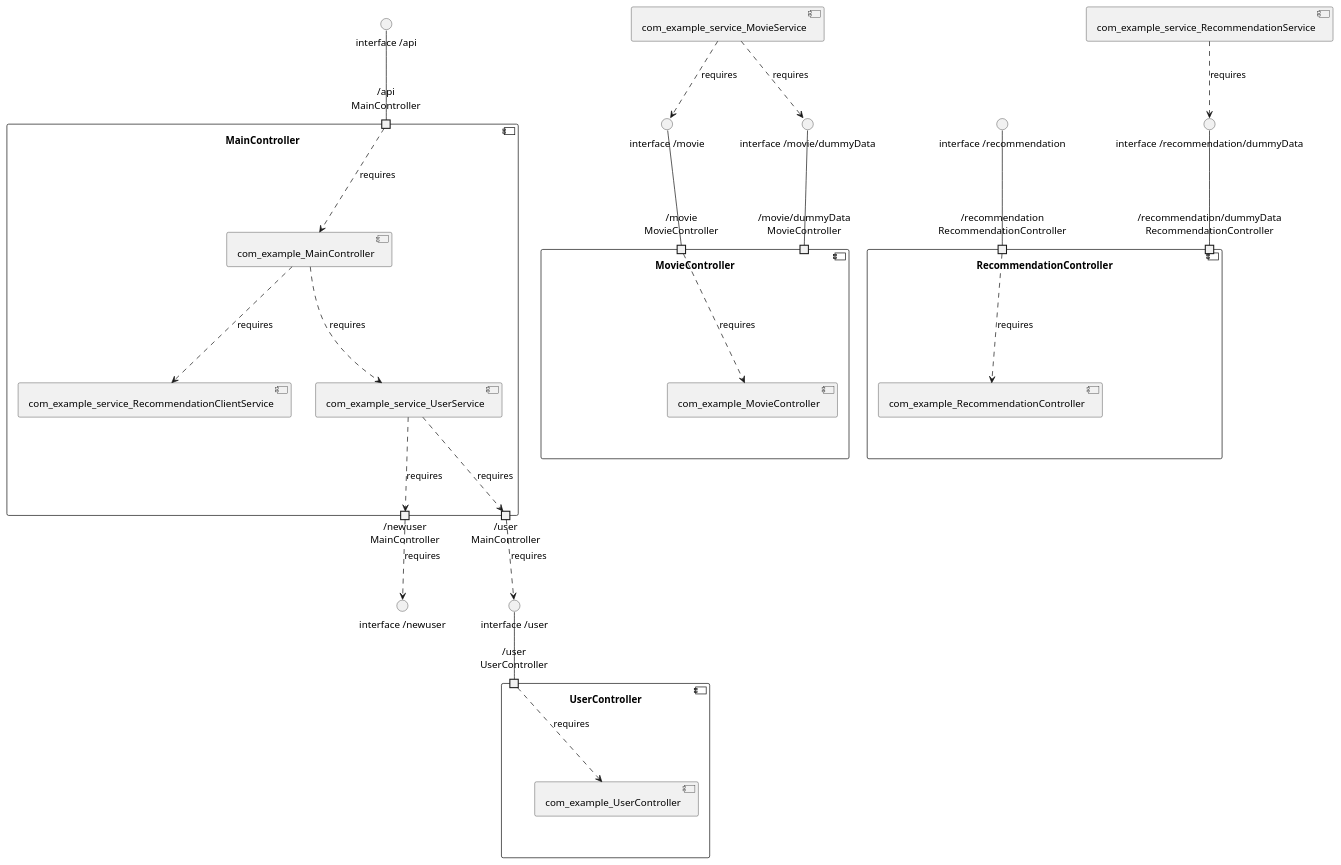
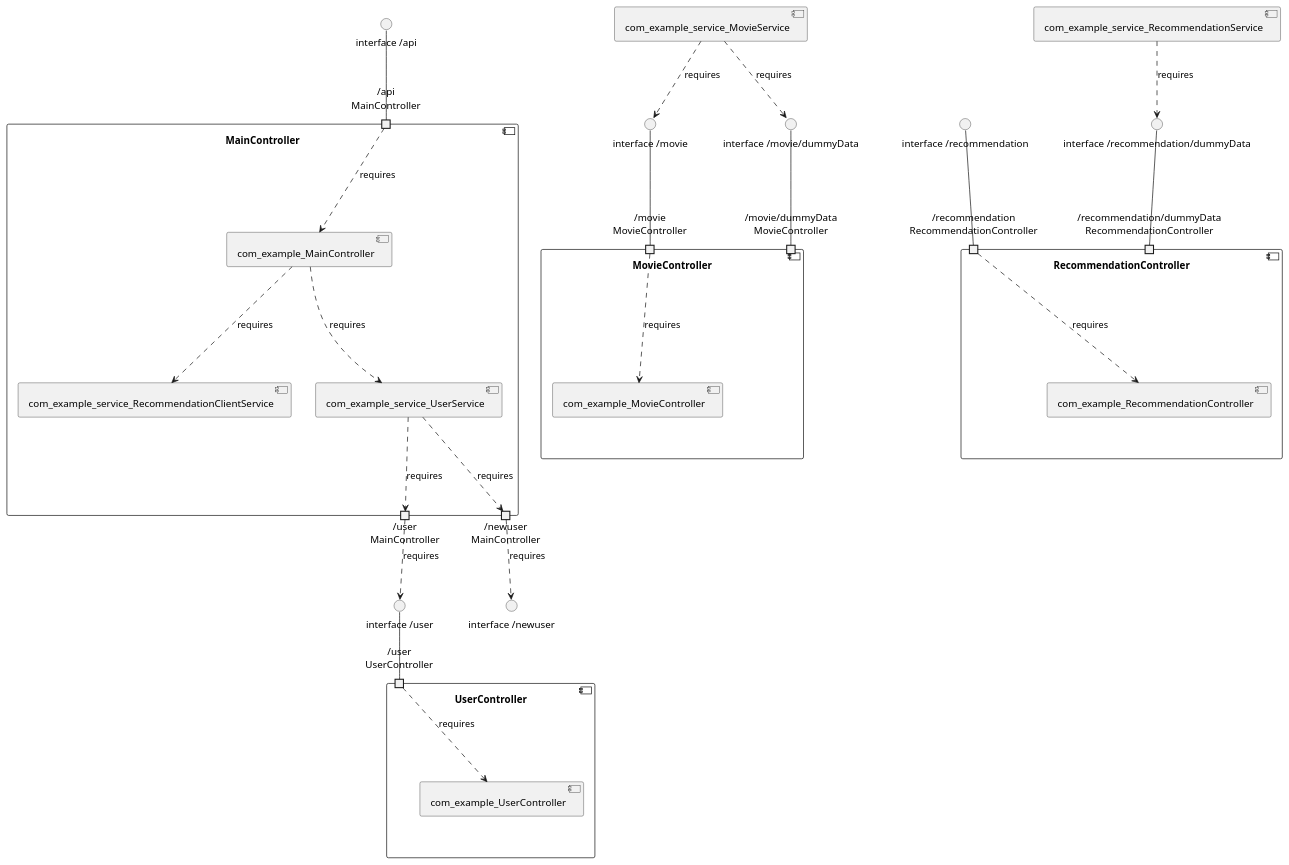
Before and after one commit to View-Based-Reverse-Engineering/Retriever-Benchmark: the diagram in spring-cloud-movie-recommendation/model_re/uml/componentDiagram.puml, drawn with PlantUML. The commit also changed other lines of this file and 151 other files, not shown here.

```diff
--- a/spring-cloud-movie-recommendation/model_re/uml/componentDiagram.puml
+++ b/spring-cloud-movie-recommendation/model_re/uml/componentDiagram.puml
@@ -1,45 +1,45 @@
 @startuml
 skinparam fixCircleLabelOverlapping true
 component "MainController\n\n\n\n\n\n" {
 [com_example_service_UserService]
 [com_example_service_RecommendationClientService]
 [com_example_MainController]
 portin "/api\nMainController"
+portout "/user\nMainController"
 portout "/newuser\nMainController"
-portout "/user\nMainController"
+[com_example_MainController]..>[com_example_service_UserService] : requires
 [com_example_MainController]..>[com_example_service_RecommendationClientService] : requires
-[com_example_MainController]..>[com_example_service_UserService] : requires
 "/api\nMainController"..>[com_example_MainController] : requires
 [com_example_service_UserService]..>"/user\nMainController" : requires
 [com_example_service_UserService]..>"/newuser\nMainController" : requires
 }
 "interface /api"--"/api\nMainController"
 "/user\nMainController"..>"interface /user" : requires
 "/newuser\nMainController"..>"interface /newuser" : requires
 component "MovieController\n\n\n\n\n\n" {
 [com_example_MovieController]
+portin "/movie\nMovieController"
 portin "/movie/dummyData\nMovieController"
-portin "/movie\nMovieController"
 "/movie\nMovieController"..>[com_example_MovieController] : requires
 }
 "interface /movie"--"/movie\nMovieController"
 "interface /movie/dummyData"--"/movie/dummyData\nMovieController"
 component "RecommendationController\n\n\n\n\n\n" {
 [com_example_RecommendationController]
+portin "/recommendation/dummyData\nRecommendationController"
 portin "/recommendation\nRecommendationController"
-portin "/recommendation/dummyData\nRecommendationController"
 "/recommendation\nRecommendationController"..>[com_example_RecommendationController] : requires
 }
 "interface /recommendation"--"/recommendation\nRecommendationController"
 "interface /recommendation/dummyData"--"/recommendation/dummyData\nRecommendationController"
 component "UserController\n\n\n\n\n\n" {
 [com_example_UserController]
 portin "/user\nUserController"
 "/user\nUserController"..>[com_example_UserController] : requires
 }
 "interface /user"--"/user\nUserController"
 [com_example_service_MovieService]..>"interface /movie" : requires
 [com_example_service_MovieService]..>"interface /movie/dummyData" : requires
 [com_example_service_RecommendationService]..>"interface /recommendation/dummyData" : requires
 
 @enduml
```
